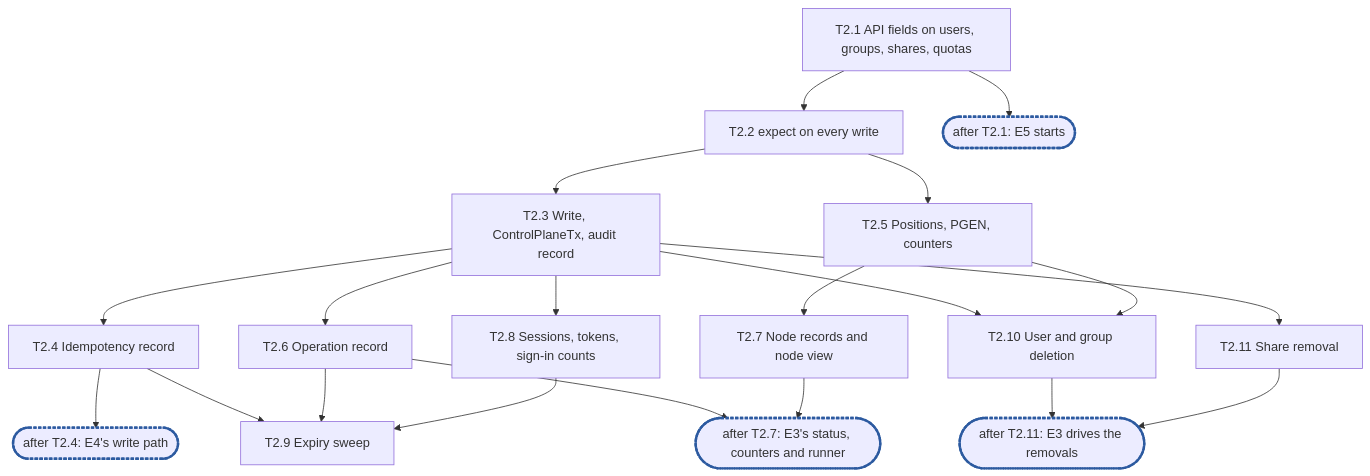
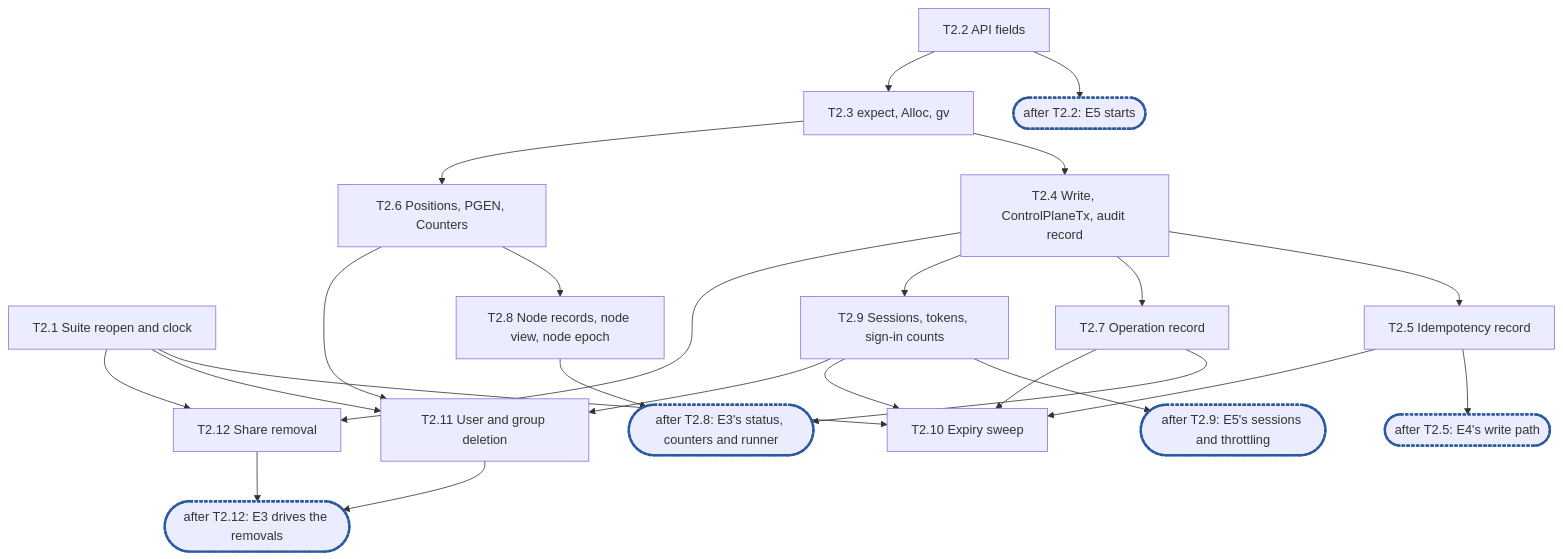
One commit to cubbit/dittofs changed the diagram in docs/internals/planning/rfc-23-control-plane-epic2.md. Above: the diagram before and after it, drawn with Mermaid. The commit also changed other lines of this file and 5 other files, not shown here.

````diff
--- a/docs/internals/planning/rfc-23-control-plane-epic2.md
+++ b/docs/internals/planning/rfc-23-control-plane-epic2.md
@@ -613,18 +728,20 @@
 ```mermaid
 flowchart TD
-  T2_1["T2.1 API fields on users, groups, shares, quotas"] --> T2_2["T2.2 expect on every write"]
-  T2_1 --> C0(["after T2.1: E5 starts"]):::sync
-  T2_2 --> T2_3["T2.3 Write, ControlPlaneTx, audit record"]
-  T2_3 --> T2_4["T2.4 Idempotency record"]
-  T2_4 --> C1(["after T2.4: E4's write path"]):::sync
-  T2_2 --> T2_5["T2.5 Positions, PGEN, counters"]
-  T2_3 --> T2_6["T2.6 Operation record"]
-  T2_5 --> T2_7["T2.7 Node records and node view"]
-  T2_6 & T2_7 --> C2(["after T2.7: E3's status, counters and runner"]):::sync
-  T2_3 --> T2_8["T2.8 Sessions, tokens, sign-in counts"]
-  T2_4 & T2_6 & T2_8 --> T2_9["T2.9 Expiry sweep"]
-  T2_3 & T2_5 --> T2_10["T2.10 User and group deletion"]
-  T2_3 --> T2_11["T2.11 Share removal"]
-  T2_10 & T2_11 --> C3(["after T2.11: E3 drives the removals"]):::sync
+  T2_1["T2.1 Suite reopen and clock"]
+  T2_2["T2.2 API fields"] --> C0(["after T2.2: E5 starts"]):::sync
+  T2_2 --> T2_3["T2.3 expect, Alloc, gv"]
+  T2_3 --> T2_4["T2.4 Write, ControlPlaneTx, audit record"]
+  T2_4 --> T2_5["T2.5 Idempotency record"]
+  T2_5 --> C1(["after T2.5: E4's write path"]):::sync
+  T2_3 --> T2_6["T2.6 Positions, PGEN, Counters"]
+  T2_4 --> T2_7["T2.7 Operation record"]
+  T2_6 --> T2_8["T2.8 Node records, node view, node epoch"]
+  T2_7 & T2_8 --> C2(["after T2.8: E3's status, counters and runner"]):::sync
+  T2_4 --> T2_9["T2.9 Sessions, tokens, sign-in counts"]
+  T2_9 --> C4(["after T2.9: E5's sessions and throttling"]):::sync
+  T2_1 & T2_5 & T2_7 & T2_9 --> T2_10["T2.10 Expiry sweep"]
+  T2_1 & T2_6 & T2_9 --> T2_11["T2.11 User and group deletion"]
+  T2_1 & T2_4 --> T2_12["T2.12 Share removal"]
+  T2_11 & T2_12 --> C3(["after T2.12: E3 drives the removals"]):::sync
   classDef sync stroke:#2c5aa0,stroke-width:3px,stroke-dasharray:4 2
 ```
````
